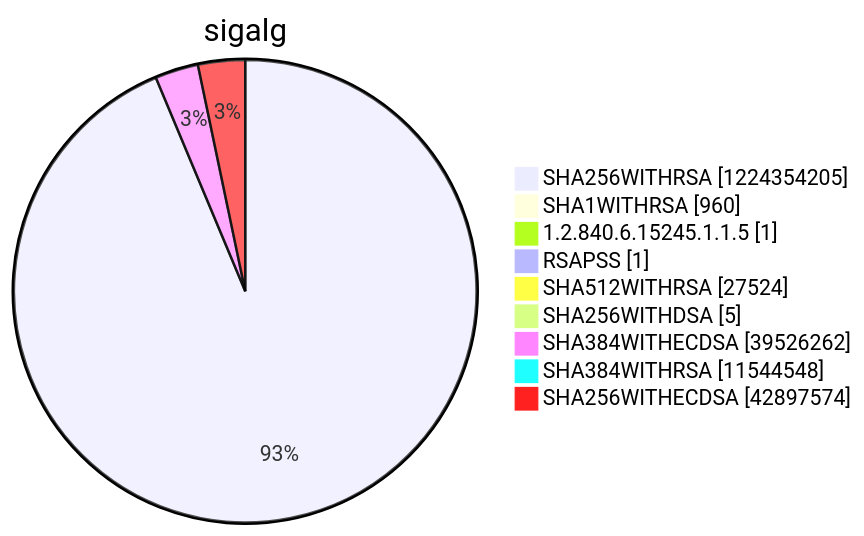
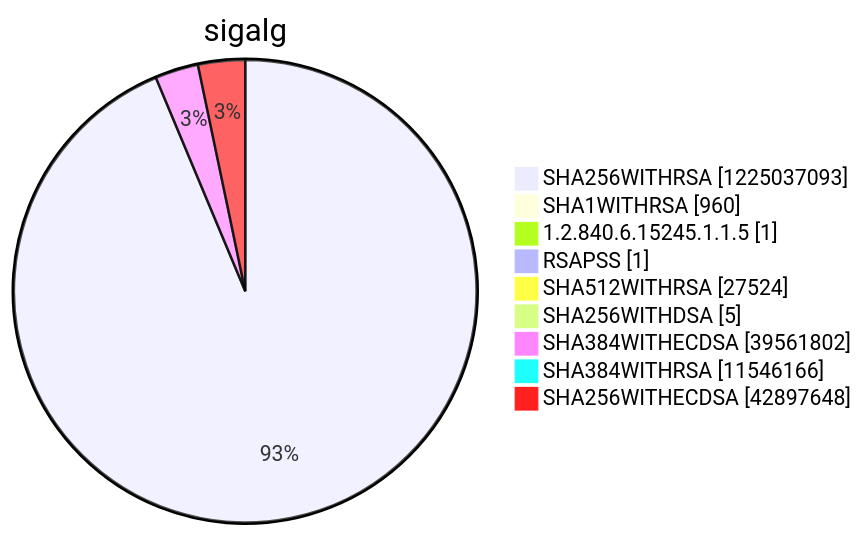
One commit to christiankrug/ctmonitor_visualization changed diagram 15 of 15 in argon2022/README.md. Above: the diagram before and after it, drawn with Mermaid. The commit also changed other lines of this file, not shown here.

````diff
--- a/argon2022/README.md
+++ b/argon2022/README.md
@@ -5521,13 +5521,13 @@
 ```mermaid
 pie showData
 title sigalg
-"SHA256WITHRSA" :1224354205
+"SHA256WITHRSA" :1225037093
 "SHA1WITHRSA" :960
 "1.2.840.6.15245.1.1.5" :1
 "RSAPSS" :1
 "SHA512WITHRSA" :27524
 "SHA256WITHDSA" :5
-"SHA384WITHECDSA" :39526262
-"SHA384WITHRSA" :11544548
-"SHA256WITHECDSA" :42897574
+"SHA384WITHECDSA" :39561802
+"SHA384WITHRSA" :11546166
+"SHA256WITHECDSA" :42897648
 ```
````
